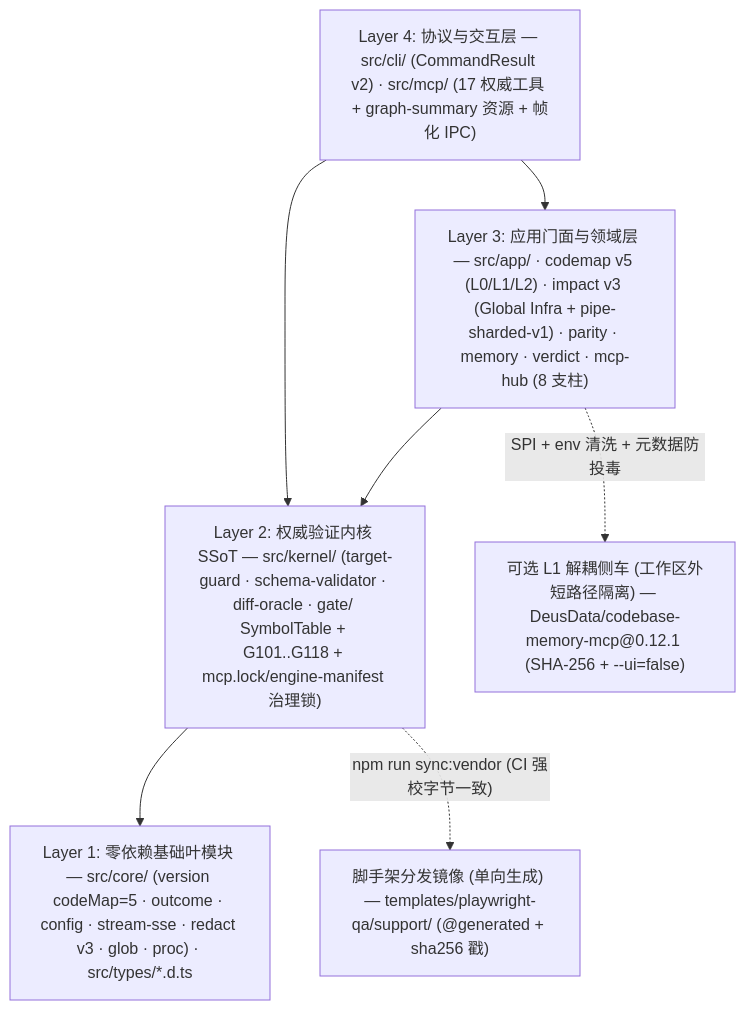
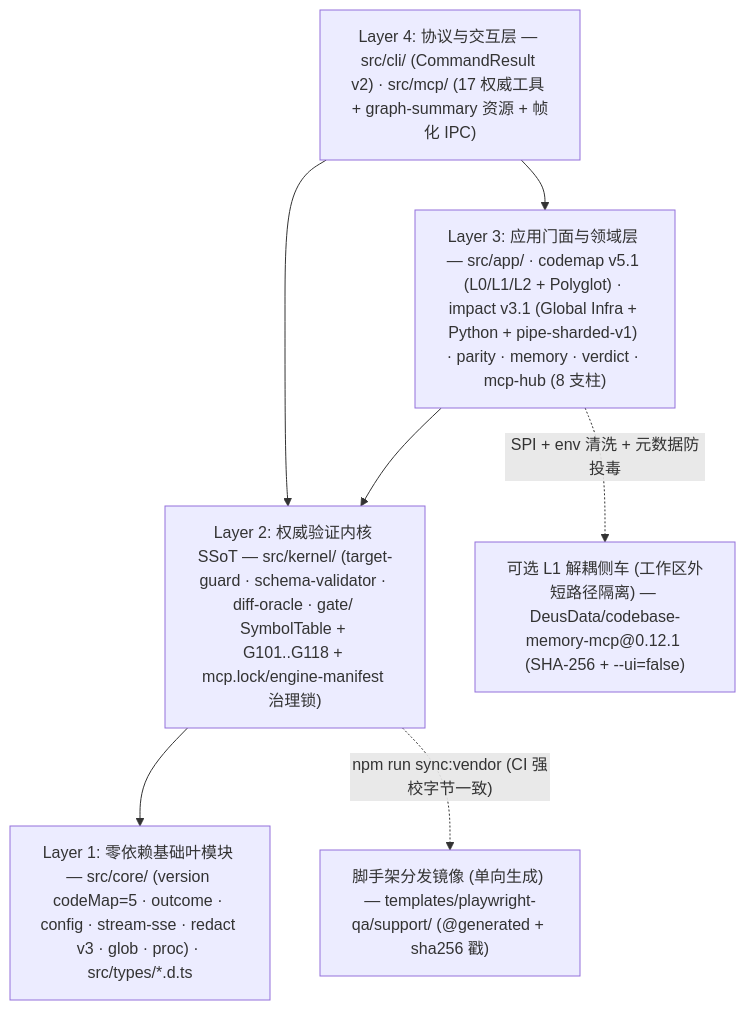
Before and after one commit to seaworld008/ai-test-workbench: the diagram in README.md, drawn with Mermaid. The commit also changed other lines of this file and 97 other files, not shown here.

Commit message:
feat(v6.7.0): polyglot monorepo auto-discovery, TS/Python full-stack CodeMap v5.1, Diff-Impact v3.1 & CLI ergonomics

````diff
--- a/README.md
+++ b/README.md
@@ -85,14 +85,14 @@
 ```mermaid
 flowchart TB
     L4["Layer 4: 协议与交互层 — src/cli/ (CommandResult v2) · src/mcp/ (17 权威工具 + graph-summary 资源 + 帧化 IPC)"]
-    L3["Layer 3: 应用门面与领域层 — src/app/ · codemap v5 (L0/L1/L2) · impact v3 (Global Infra + pipe-sharded-v1) · parity · memory · verdict · mcp-hub (8 支柱)"]
+    L3["Layer 3: 应用门面与领域层 — src/app/ · codemap v5.1 (L0/L1/L2 + Polyglot) · impact v3.1 (Global Infra + Python + pipe-sharded-v1) · parity · memory · verdict · mcp-hub (8 支柱)"]
     L2["Layer 2: 权威验证内核 SSoT — src/kernel/ (target-guard · schema-validator · diff-oracle · gate/ SymbolTable + G101..G118 + mcp.lock/engine-manifest 治理锁)"]
     L1["Layer 1: 零依赖基础叶模块 — src/core/ (version codeMap=5 · outcome · config · stream-sse · redact v3 · glob · proc) · src/types/*.d.ts"]
     CBM["可选 L1 解耦侧车 (工作区外短路径隔离) — DeusData/codebase-memory-mcp@0.12.1 (SHA-256 + --ui=false)"]
     TPL["脚手架分发镜像 (单向生成) — templates/playwright-qa/support/ (@generated + sha256 戳)"]
 
     L4 --> L3 --> L2 --> L1
     L4 --> L2
     L3 -. "SPI + env 清洗 + 元数据防投毒" .-> CBM
     L2 -. "npm run sync:vendor (CI 强校字节一致)" .-> TPL
 ```
````
